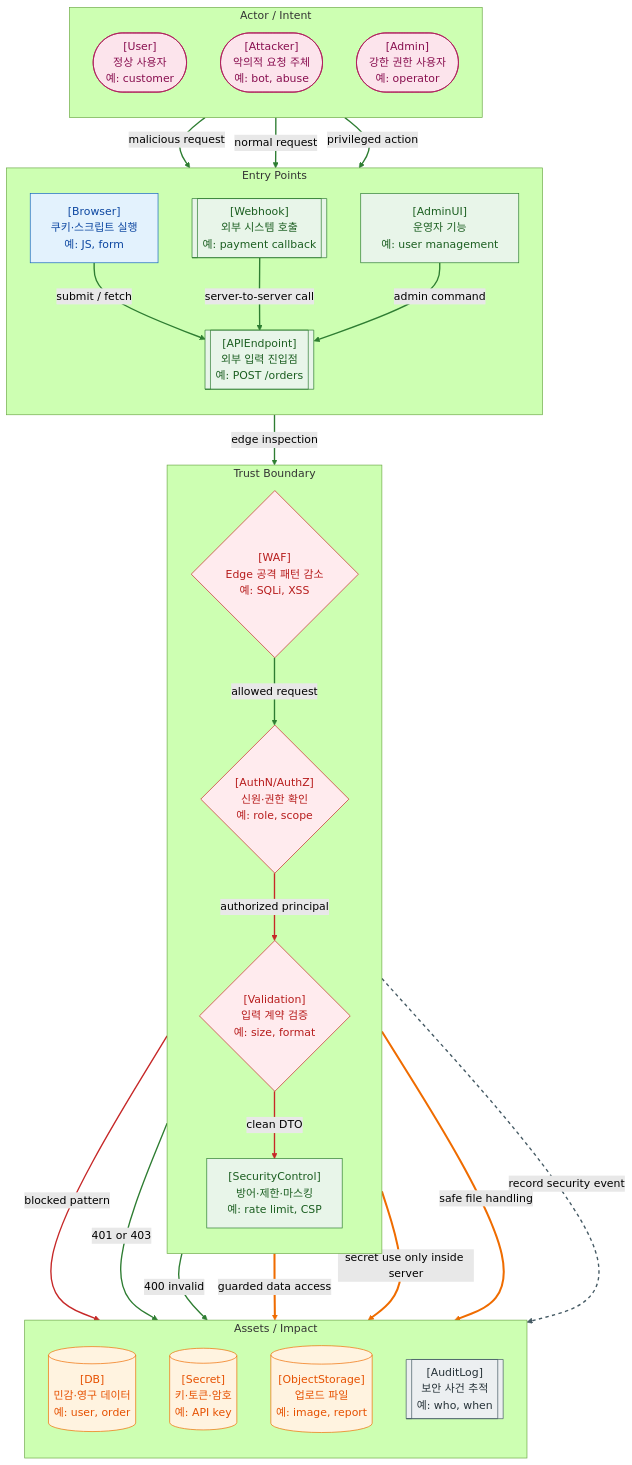
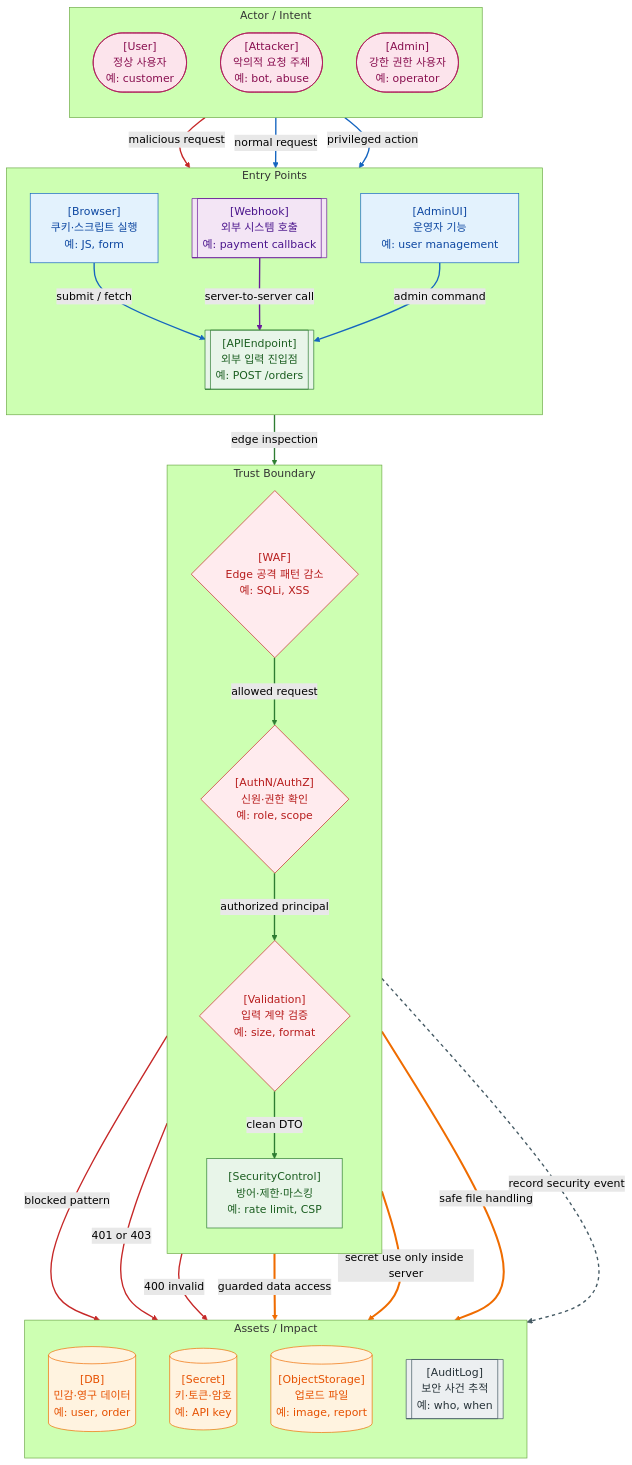
Before and after one commit to thisis-joe/thisis-joe.github.io: the diagram in content/Web-지도/23. Security Threat Model 지도 - Trust Boundary, Attack Surface.md, drawn with Mermaid (forest theme). The commit also changed other lines of this file and 595 other files, not shown here.

````diff
--- a/content/Web-지도/23. Security Threat Model 지도 - Trust Boundary, Attack Surface.md
+++ b/content/Web-지도/23. Security Threat Model 지도 - Trust Boundary, Attack Surface.md
@@ -14,71 +14,75 @@
 ```mermaid
 flowchart TB
 
 subgraph ACTOR_ZONE["Actor / Intent"]
 direction TB
 USER(["[User]<br/>정상 사용자<br/>예: customer"])
 ATTACKER(["[Attacker]<br/>악의적 요청 주체<br/>예: bot, abuse"])
 ADMIN(["[Admin]<br/>강한 권한 사용자<br/>예: operator"])
 end
 
 subgraph ENTRY_ZONE["Entry Points"]
 direction TB
 BROWSER["[Browser]<br/>쿠키·스크립트 실행<br/>예: JS, form"]
 API[["[APIEndpoint]<br/>외부 입력 진입점<br/>예: POST /orders"]]
 WEBHOOK[["[Webhook]<br/>외부 시스템 호출<br/>예: payment callback"]]
 ADMINUI["[AdminUI]<br/>운영자 기능<br/>예: user management"]
 end
 
 subgraph TRUST_BOUNDARY["Trust Boundary"]
 direction TB
 WAF{"[WAF]<br/>Edge 공격 패턴 감소<br/>예: SQLi, XSS"}
 AUTH{"[AuthN/AuthZ]<br/>신원·권한 확인<br/>예: role, scope"}
 VALID{"[Validation]<br/>입력 계약 검증<br/>예: size, format"}
 CONTROL["[SecurityControl]<br/>방어·제한·마스킹<br/>예: rate limit, CSP"]
 end
 
 subgraph ASSET_ZONE["Assets / Impact"]
 direction TB
 DB[("[DB]<br/>민감·영구 데이터<br/>예: user, order")]
 SECRET[("[Secret]<br/>키·토큰·암호<br/>예: API key")]
 FILE[("[ObjectStorage]<br/>업로드 파일<br/>예: image, report")]
 AUDIT[["[AuditLog]<br/>보안 사건 추적<br/>예: who, when"]]
 end
 
 ATTACKER -->|malicious request| BROWSER
 USER -->|normal request| BROWSER
 ADMIN -->|privileged action| ADMINUI
 BROWSER -->|submit / fetch| API
 WEBHOOK -->|server-to-server call| API
 ADMINUI -->|admin command| API
 API -->|edge inspection| WAF
 WAF -->|allowed request| AUTH
 WAF -->|blocked pattern| AUDIT
 AUTH -->|authorized principal| VALID
 AUTH -->|401 or 403| AUDIT
 VALID -->|clean DTO| CONTROL
 VALID -->|400 invalid| AUDIT
 CONTROL ==>|guarded data access| DB
 CONTROL ==>|secret use only inside server| SECRET
 CONTROL ==>|safe file handling| FILE
 CONTROL -.->|record security event| AUDIT
 
 classDef actor fill:#FCE4EC,stroke:#AD1457,color:#880E4F;
 classDef client fill:#E3F2FD,stroke:#1565C0,color:#0D47A1;
 classDef server fill:#E8F5E9,stroke:#2E7D32,color:#1B5E20;
 classDef data fill:#FFF3E0,stroke:#EF6C00,color:#E65100;
+classDef event fill:#F3E5F5,stroke:#6A1B9A,color:#4A148C;
 classDef security fill:#FFEBEE,stroke:#C62828,color:#B71C1C;
 classDef ops fill:#ECEFF1,stroke:#455A64,color:#263238;
 
 class USER,ATTACKER,ADMIN actor;
-class BROWSER client;
-class API,WEBHOOK,ADMINUI,CONTROL server;
+class BROWSER,ADMINUI client;
+class API,CONTROL server;
+class WEBHOOK event;
 class DB,SECRET,FILE data;
 class WAF,AUTH,VALID security;
 class AUDIT ops;
 
-linkStyle 0,1,2,3,4,5,6,7,10,12 stroke:#2E7D32,stroke-width:2px;
-linkStyle 8,9,11 stroke:#C62828,stroke-width:2px;
+linkStyle 0,8,10,12 stroke:#C62828,stroke-width:2px;
+linkStyle 1,2,3,5 stroke:#1565C0,stroke-width:2px;
+linkStyle 4 stroke:#6A1B9A,stroke-width:2px;
+linkStyle 6,7,9,11 stroke:#2E7D32,stroke-width:2px;
 linkStyle 13,14,15 stroke:#EF6C00,stroke-width:3px;
 linkStyle 16 stroke:#455A64,stroke-width:2px,stroke-dasharray:5 5;
 ```
````
